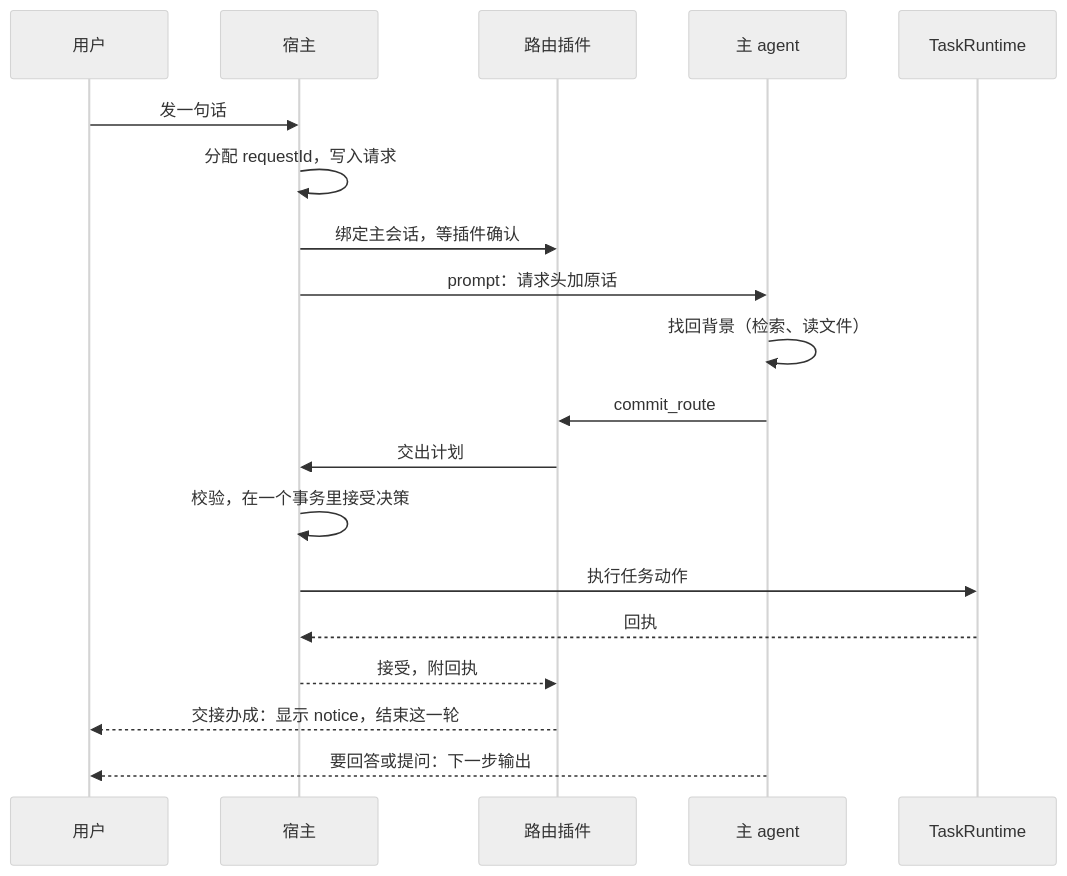
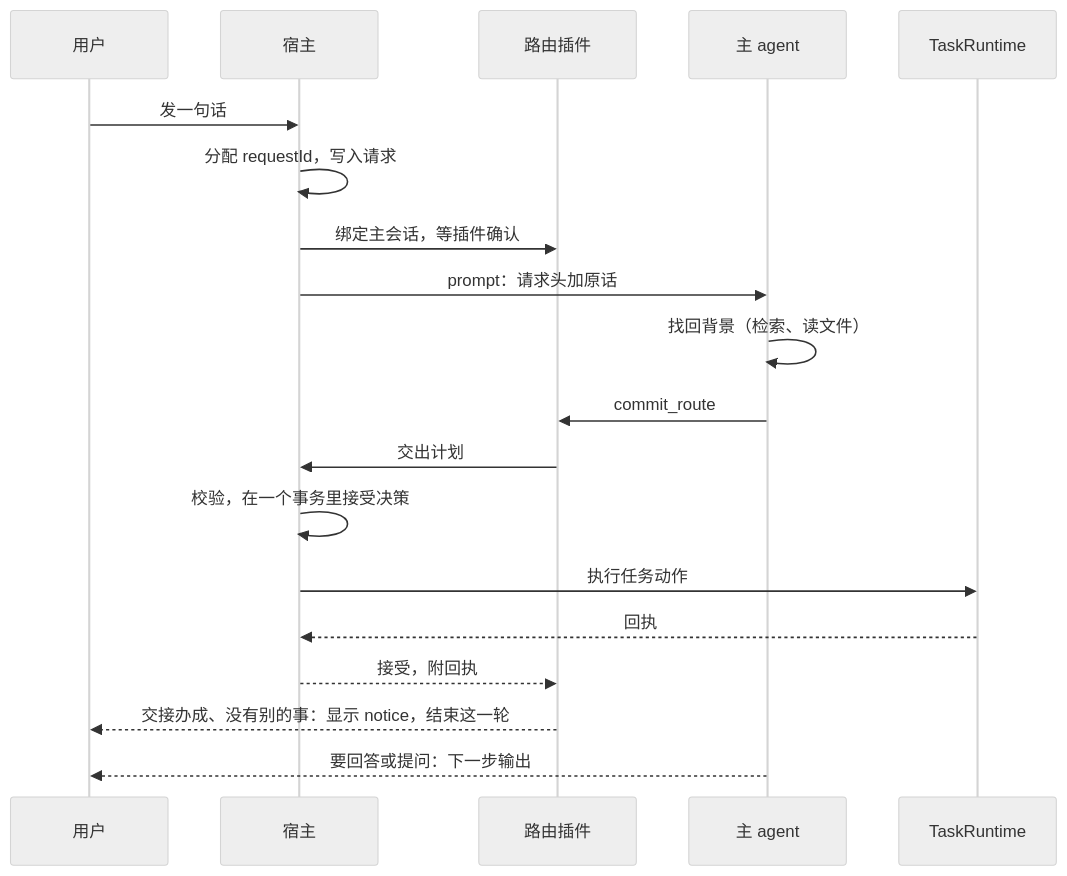
Before and after one commit to JNS0724/Viva: the diagram in docs/agent-routing-design.zh-CN.md, drawn with Mermaid (neutral theme). The commit also changed other lines of this file and 2 other files, not shown here.

````diff
--- a/docs/agent-routing-design.zh-CN.md
+++ b/docs/agent-routing-design.zh-CN.md
@@ -54,21 +54,21 @@
 ```mermaid
 sequenceDiagram
   participant U as 用户
   participant H as 宿主
   participant P as 路由插件
   participant M as 主 agent
   participant T as TaskRuntime
   U->>H: 发一句话
   H->>H: 分配 requestId，写入请求
   H->>P: 绑定主会话，等插件确认
   H->>M: prompt：请求头加原话
   M->>M: 找回背景（检索、读文件）
   M->>P: commit_route
   P->>H: 交出计划
   H->>H: 校验，在一个事务里接受决策
   H->>T: 执行任务动作
   T-->>H: 回执
   H-->>P: 接受，附回执
-  P-->>U: 交接办成：显示 notice，结束这一轮
+  P-->>U: 交接办成、没有别的事：显示 notice，结束这一轮
   M-->>U: 要回答或提问：下一步输出
 ```
````
